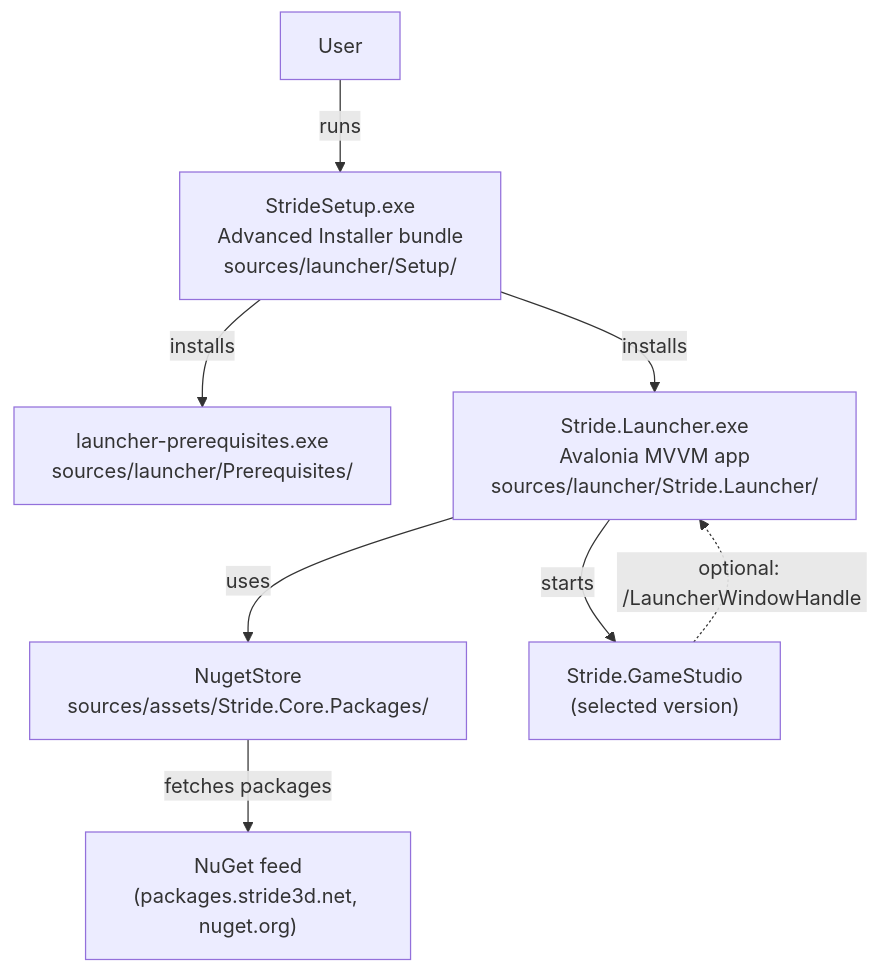
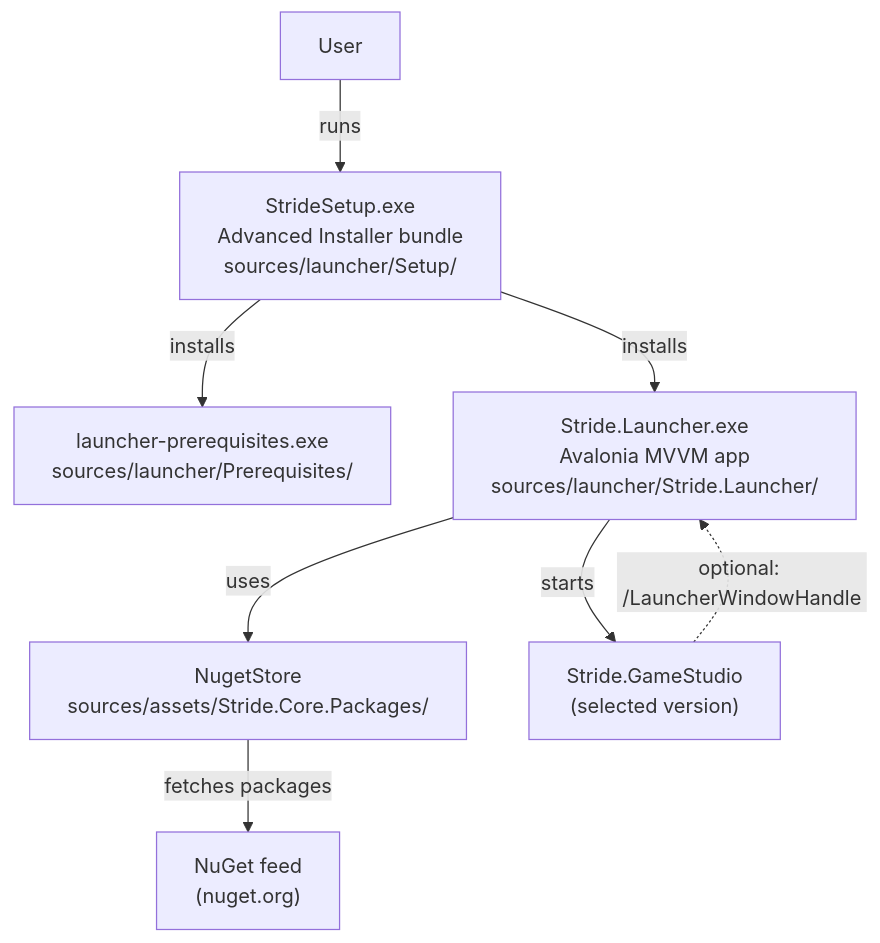
Before and after one commit to stride3d/stride: the diagram in docs/launcher/README.md, drawn with Mermaid. The commit also changed 3 other files, not shown here.

Commit message:
Launcher: version 6.0.5, remove the legacy packages.stride3d.net / packages.xenko.com source that older launchers added to NuGet.config

````diff
--- a/docs/launcher/README.md
+++ b/docs/launcher/README.md
@@ -9,18 +9,18 @@
 ```mermaid
 flowchart TD
     User["User"]
     Setup["StrideSetup.exe<br/>Advanced Installer bundle<br/>sources/launcher/Setup/"]
     Prereq["launcher-prerequisites.exe<br/>sources/launcher/Prerequisites/"]
     Exe["Stride.Launcher.exe<br/>Avalonia MVVM app<br/>sources/launcher/Stride.Launcher/"]
-    NuGet["NuGet feed<br/>(packages.stride3d.net, nuget.org)"]
+    NuGet["NuGet feed<br/>(nuget.org)"]
     Store["NugetStore<br/>sources/assets/Stride.Core.Packages/"]
     GS["Stride.GameStudio<br/>(selected version)"]
 
     User -- "runs" --> Setup
     Setup -- "installs" --> Exe
     Setup -- "installs" --> Prereq
     Exe -- "uses" --> Store
     Store -- "fetches packages" --> NuGet
     Exe -- "starts" --> GS
     GS -. "optional: /LauncherWindowHandle" .-> Exe
 ```
````
